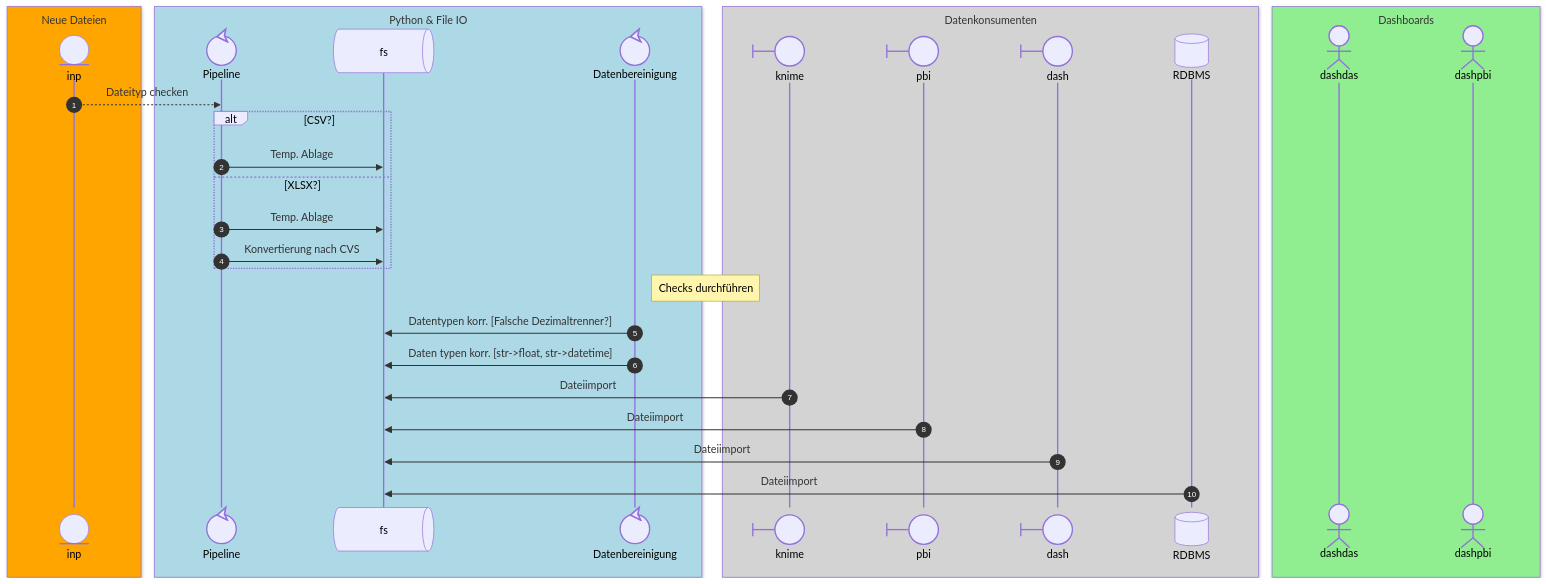
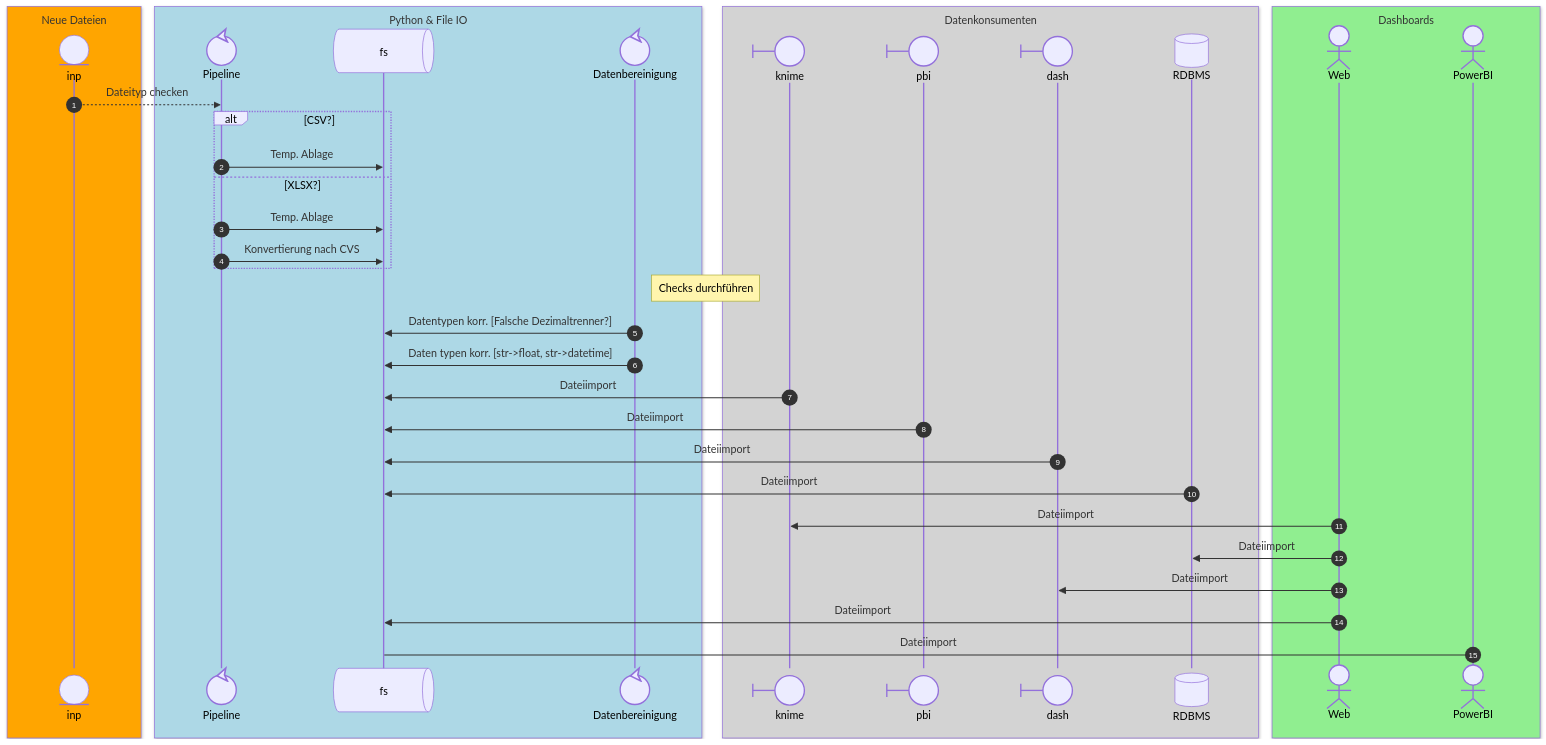
One commit to nevsglueckauf/wq changed the diagram in Documentation/Data_Quality.md. Above: the diagram before and after it, drawn with Mermaid.

Commit message:
Dokumentation zur Datenbereinigung

````diff
--- a/Documentation/Data_Quality.md
+++ b/Documentation/Data_Quality.md
@@ -7,46 +7,52 @@
 ```mermaid
 sequenceDiagram
     autonumber
     
     box orange Neue Dateien
     participant inp@{ "type" : "entity" }
     end
     box lightblue  Python &  File IO
     participant Pipeline@{ "type" : "control" }
     participant fs@{ "type" : "queue" }
     participant Datenbereinigung@{ "type" : "control" }
     end 
 
     box lightgray  Datenkonsumenten
     participant knime@{ "type" : "boundary" }
     participant pbi@{ "type" : "boundary" }
     participant dash@{ "type" : "boundary" }
     participant RDBMS@{ "type" : "database" }
     end 
 
     box lightgreen  Dashboards
-    actor dashdas
-    actor dashpbi
+    actor Web
+    actor PowerBI
     end 
 
     inp-->>Pipeline: Dateityp checken
      alt CSV?
             Pipeline->>fs: Temp. Ablage
      else XLSX?
             Pipeline->>fs: Temp. Ablage
             Pipeline->>fs: Konvertierung nach CVS
     end
     Note right of Datenbereinigung: Checks durchführen
     Datenbereinigung->>fs: Datentypen korr. [Falsche Dezimaltrenner?]
     Datenbereinigung->>fs: Daten typen korr. [str->float, str->datetime]
 
     knime->>fs: Dateiimport
     pbi->>fs: Dateiimport
     dash->>fs: Dateiimport
     RDBMS->>fs: Dateiimport
     
-    
+    Web->>knime: Dateiimport
+    Web->>RDBMS: Dateiimport
+    Web->>dash: Dateiimport
+    Web->>fs: Dateiimport
+    PowerBI->fs: Dateiimport
+
+
 
     
 
 ```
````
